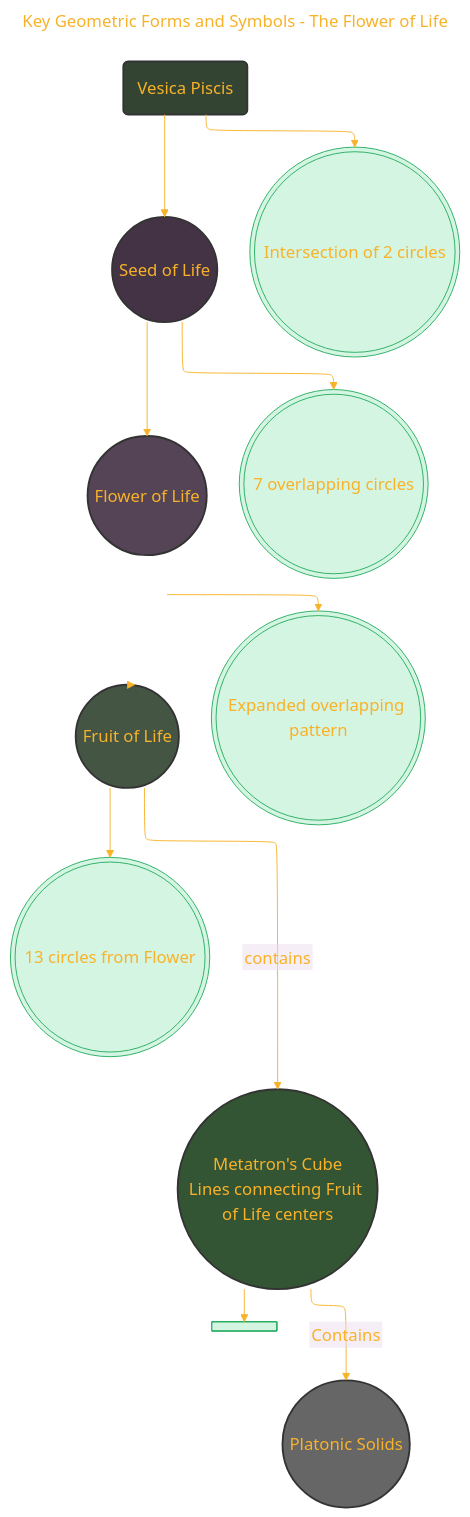
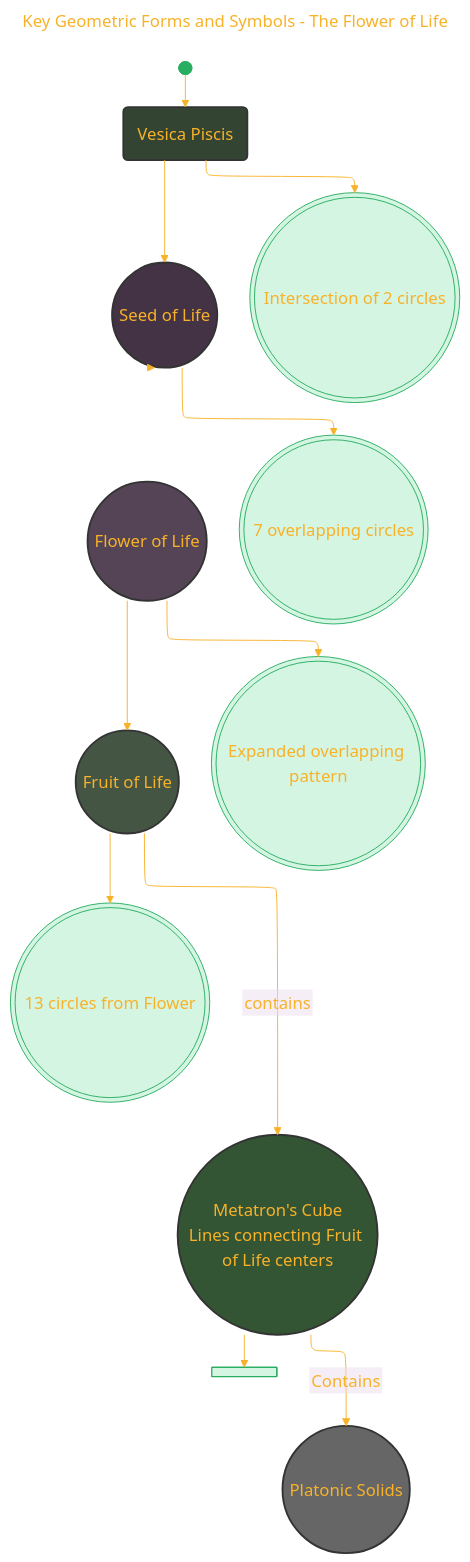
One commit to CongLeSolutionX/Harmonic_Atomica changed the fourth of 6 diagrams in Understanding_Sacred_Geometry.md. Above: the diagram before and after it, drawn with Mermaid. The commit also changed other lines of this file, not shown here.

````diff
--- a/Understanding_Sacred_Geometry.md
+++ b/Understanding_Sacred_Geometry.md
@@ -256,69 +256,71 @@
 ```mermaid
 ---
 title: "Key Geometric Forms and Symbols - The Flower of Life"
 author: "Cong Le"
 version: "1.0"
 license(s): "MIT, CC BY 4.0"
 copyright: "Copyright (c) 2025 Cong Le. All Rights Reserved."
 config:
   layout: elk
   theme: base
 ---
 %%%%%%%% Mermaid version v11.4.1-b.14
 %%%%%%%% Available curve styles include the following keywords:
 %% basis, bumpX, bumpY, cardinal, catmullRom, linear, monotoneX, monotoneY, natural, step, stepAfter, stepBefore.
 %%{
   init: {
     'flowchart': { 'htmlLabels': false, 'curve': 'basis' },
     'fontFamily': 'Luminari',
     'themeVariables': {
       'primaryColor': '#D5F5E3',
       'primaryTextColor': '#F8B229',
       'lineColor': '#F8B229',
       'primaryBorderColor': '#27AE60',
       'secondaryColor': '#EBDEF0',
       'secondaryTextColor': '#6C3483',
       'secondaryBorderColor': '#A569BD',
       'fontSize': '18px'
     }
   }
 }%%
 flowchart TD
+	A_0@{ shape: f-circ, label: "The Initial Beginning" }
     A("Vesica Piscis")
     B(("Seed of Life"))
     C(("Flower of Life"))
     D(("Fruit of Life"))
     E(("Metatron's Cube<br/>Lines connecting Fruit of Life centers"))
     F(("Platonic Solids"))
 
+	A_0 --> A
 	A --> B
 	A --> A_Expansion
 	A_Expansion@{ shape: dbl-circ, label: "Intersection of 2 circles" }
 
 	B --> B_Expansion
 	B_Expansion@{ shape: dbl-circ, label: "7 overlapping circles" }
 	
     B --> C
 
 	C --> C_Expansion
 	C_Expansion@{ shape: dbl-circ, label: "Expanded overlapping pattern" }
     
     C --> D
 	D --> D_Expansion
 	D_Expansion@{ shape: dbl-circ, label: "13 circles from Flower" }
 	
     D -- contains --> E
 
 	E --> E_Expansion
 	E_Expansion@{ shape: fork, label: "Lines connecting Fruit of Life centers" }
 
     E -- Contains --> F
 
     style A fill:#343,stroke:#333,stroke-width:2px
     style B fill:#434,stroke:#333,stroke-width:2px
     style C fill:#545,stroke:#333,stroke-width:2px
     style D fill:#454,stroke:#333,stroke-width:2px
     style E fill:#353,stroke:#333,stroke-width:2px
     style F fill:#666,stroke:#333,stroke-width:2px
     
 ```
````
